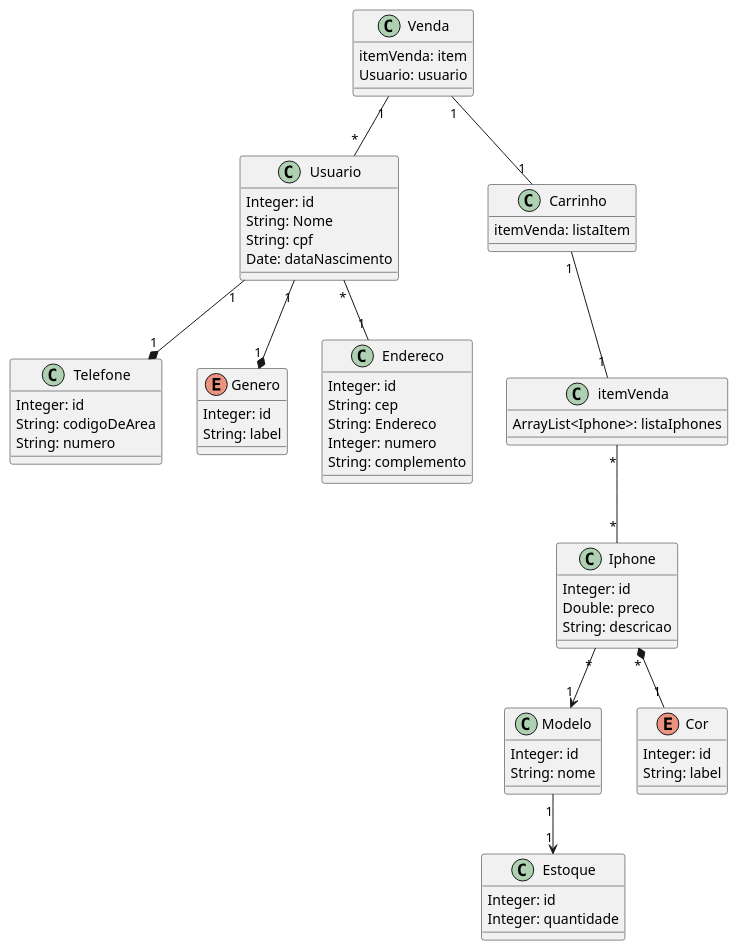
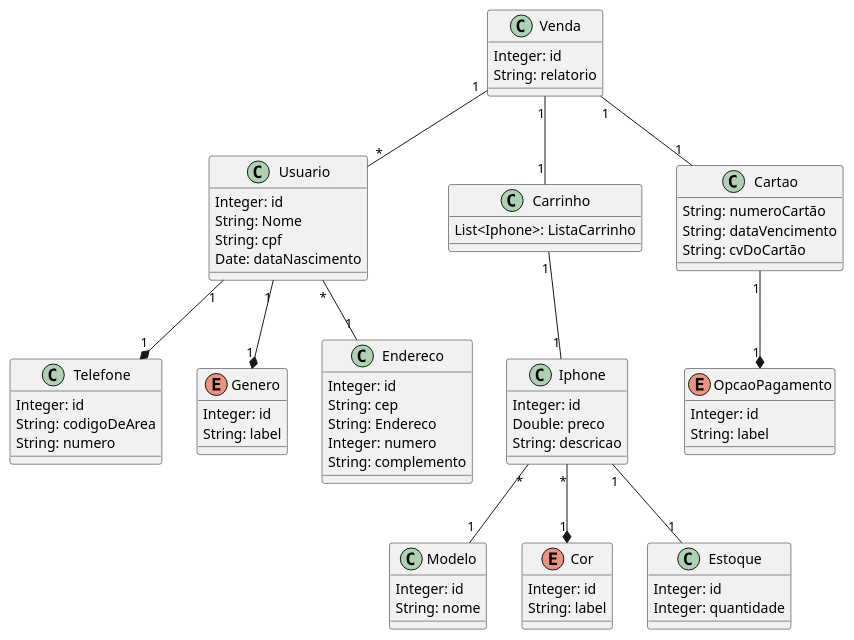
One commit to rafael-a-s/modelo-uml-rriphones changed the diagram in index.puml. Above: the diagram before and after it, drawn with PlantUML. The commit also changed 1 other file, not shown here.

Commit message:
Atualização do diagrama.

```diff
--- a/index.puml
+++ b/index.puml
@@ -1,75 +1,82 @@
 @startuml
 
 '=============== Produto ============'
 class Iphone{
   Integer: id
   Double: preco
   String: descricao
 }
 class Modelo{
   Integer: id
   String: nome
 }
 enum Cor{
   Integer: id
   String: label
 }
 class Estoque{
   Integer: id
   Integer: quantidade
 
 }
-Iphone "*"*--"1" Cor
-Iphone "*"-->"1" Modelo
-Modelo "1"-->"1" Estoque
+Iphone "*"--*"1" Cor
+Iphone "*"--"1" Modelo
+Iphone "1"--"1" Estoque
 '=============== Usuario ============'
 class Usuario{
   Integer: id
   String: Nome
   String: cpf
   Date: dataNascimento
 
 }
 class Telefone{
   Integer: id
   String: codigoDeArea
   String: numero
 }
 enum Genero{
   Integer: id
   String: label
 }
 class Endereco{
   Integer: id
   String: cep 
   String: Endereco
   Integer: numero
   String: complemento
 }
 
 Usuario "1"--*"1" Genero
 Usuario "1"--*"1" Telefone
 Usuario "*"--"1" Endereco
 '=============== Compra ============'
 class Carrinho{
-  itemVenda: listaItem
+  List<Iphone>: ListaCarrinho
 }
 class Venda{
-  itemVenda: item
-  Usuario: usuario
-
+  Integer: id
+  String: relatorio
 }
-class itemVenda{
-  ArrayList<Iphone>: listaIphones
+class Cartao{
+  String: numeroCartão
+  String: dataVencimento
+  String: cvDoCartão
 }
 
-itemVenda "*"--"*" Iphone
-Carrinho "1"--"1" itemVenda
+Enum OpcaoPagamento{
+  Integer: id
+  String: label
+}
+
+Carrinho "1"--"1" Iphone
 Venda "1"--"1" Carrinho
 Venda "1"--"*" Usuario
+Venda "1"--"1" Cartao
+Cartao "1"--*"1" OpcaoPagamento
 
 
 '=============== relacionamentos ============'
 
 
 @enduml
```
